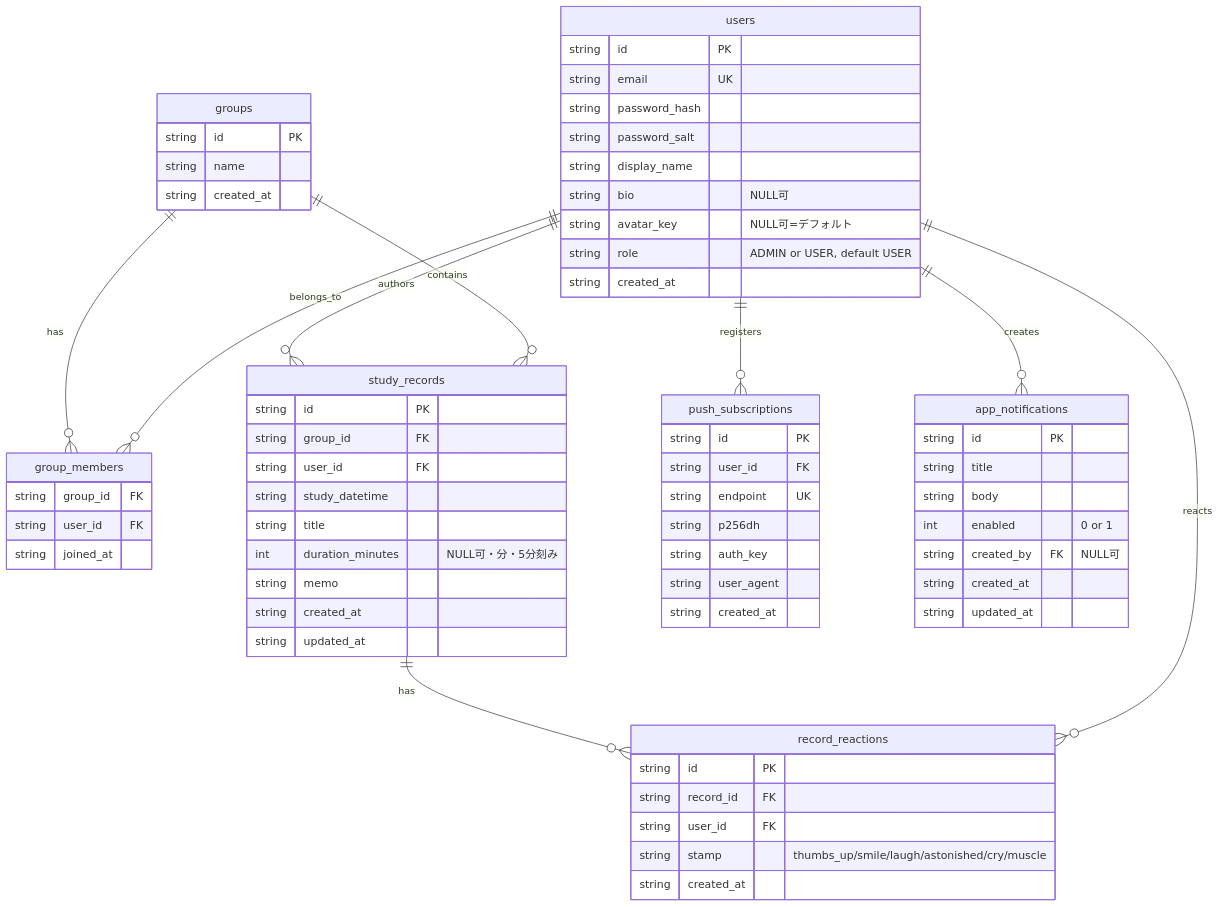
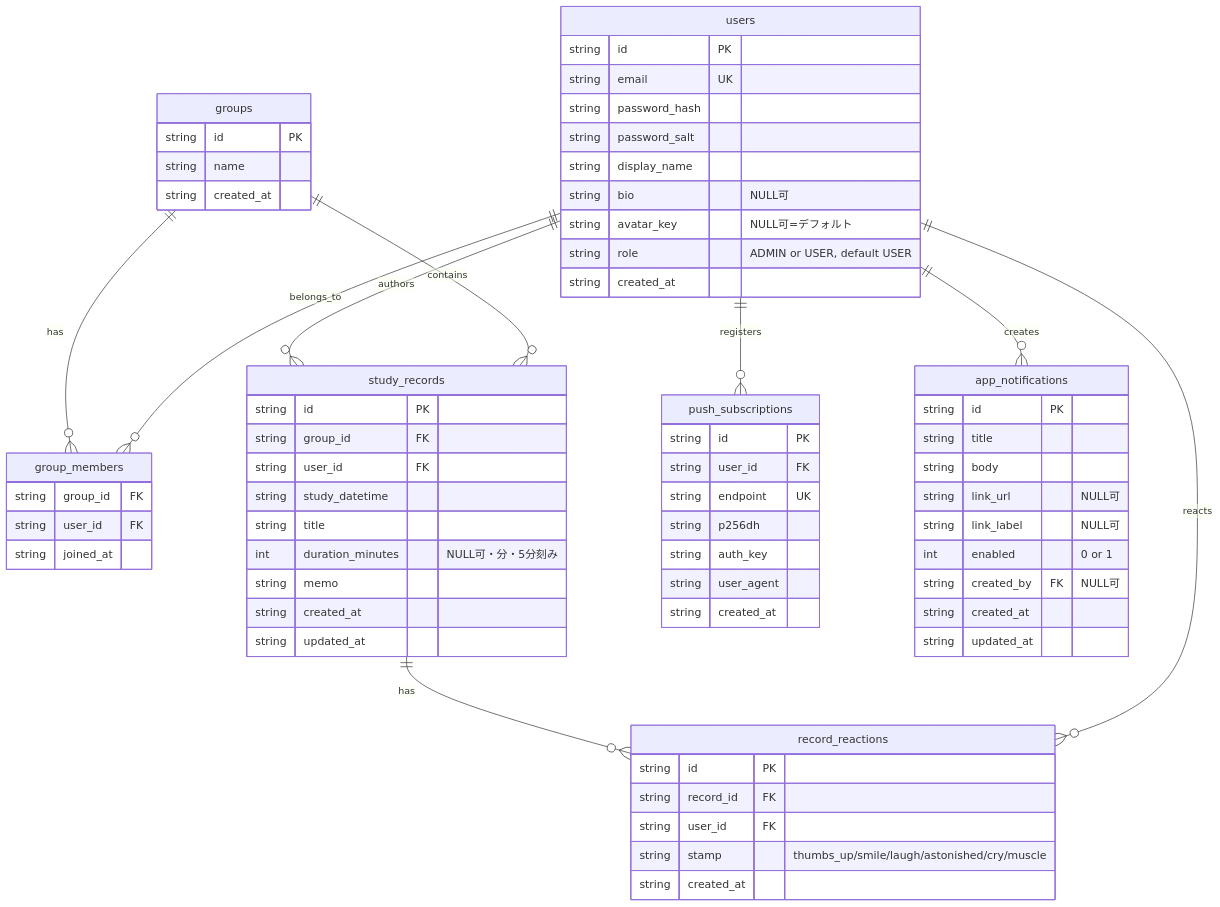
The diagram in docs/data-model.md (Hossori/shared-study-logger), drawn with Mermaid before and after one commit. The commit also changed other lines of this file and 12 other files, not shown here.

````diff
--- a/docs/data-model.md
+++ b/docs/data-model.md
@@ -8,69 +8,71 @@
 ```mermaid
 erDiagram
   users ||--o{ group_members : belongs_to
   groups ||--o{ group_members : has
   groups ||--o{ study_records : contains
   users ||--o{ study_records : authors
   users ||--o{ record_reactions : reacts
   study_records ||--o{ record_reactions : has
   users ||--o{ push_subscriptions : registers
   users ||--o{ app_notifications : creates
 
   users {
     string id PK
     string email UK
     string password_hash
     string password_salt
     string display_name
     string bio "NULL可"
     string avatar_key "NULL可=デフォルト"
     string role "ADMIN or USER, default USER"
     string created_at
   }
   groups {
     string id PK
     string name
     string created_at
   }
   group_members {
     string group_id FK
     string user_id FK
     string joined_at
   }
   study_records {
     string id PK
     string group_id FK
     string user_id FK
     string study_datetime
     string title
     int duration_minutes "NULL可・分・5分刻み"
     string memo
     string created_at
     string updated_at
   }
   record_reactions {
     string id PK
     string record_id FK
     string user_id FK
     string stamp "thumbs_up/smile/laugh/astonished/cry/muscle"
     string created_at
   }
   push_subscriptions {
     string id PK
     string user_id FK
     string endpoint UK
     string p256dh
     string auth_key
     string user_agent
     string created_at
   }
   app_notifications {
     string id PK
     string title
     string body
+    string link_url "NULL可"
+    string link_label "NULL可"
     int enabled "0 or 1"
     string created_by FK "NULL可"
     string created_at
     string updated_at
   }
 ```
````
